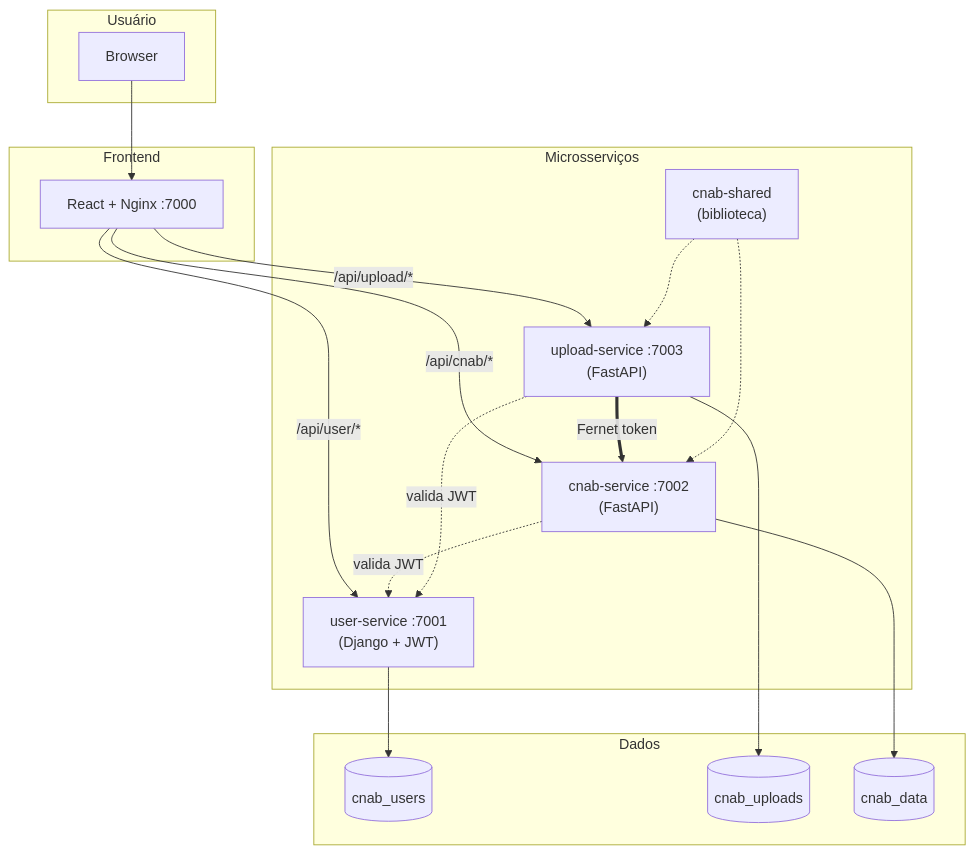
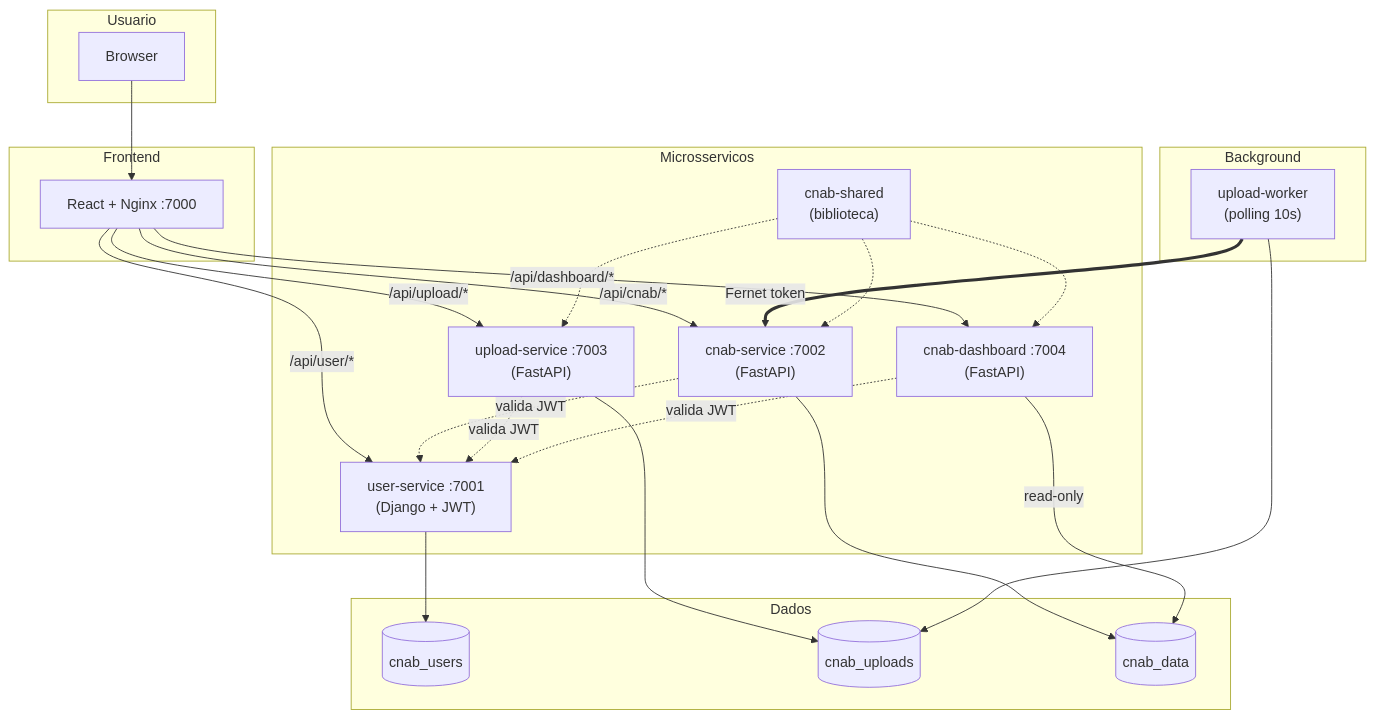
Before and after one commit to LucasBiason/desafio-dev: the diagram in README.md, drawn with Mermaid. The commit also changed other lines of this file and 7 other files, not shown here.

First line of the commit message:
docs: update README with dashboard service, new screenshots, and current architecture

````diff
--- a/README.md
+++ b/README.md
@@ -71,36 +82,46 @@
 ```mermaid
 flowchart TB
-  subgraph User["Usuário"]
+  subgraph User["Usuario"]
     Browser[Browser]
   end
 
   subgraph Frontend["Frontend"]
     FE["React + Nginx :7000"]
   end
 
-  subgraph Services["Microsserviços"]
+  subgraph Services["Microsservicos"]
     US["user-service :7001\n(Django + JWT)"]
     UPS["upload-service :7003\n(FastAPI)"]
     CS["cnab-service :7002\n(FastAPI)"]
+    DS["cnab-dashboard :7004\n(FastAPI)"]
     SH["cnab-shared\n(biblioteca)"]
+  end
+
+  subgraph Worker["Background"]
+    WK["upload-worker\n(polling 10s)"]
   end
 
   subgraph Data["Dados"]
     PG_USERS[("cnab_users")]
     PG_UPLOADS[("cnab_uploads")]
     PG_DATA[("cnab_data")]
   end
 
   Browser --> FE
   FE -->|"/api/user/*"| US
   FE -->|"/api/upload/*"| UPS
   FE -->|"/api/cnab/*"| CS
-  UPS ==>|"Fernet token"| CS
+  FE -->|"/api/dashboard/*"| DS
+  WK ==>|"Fernet token"| CS
   CS -.->|"valida JWT"| US
   UPS -.->|"valida JWT"| US
+  DS -.->|"valida JWT"| US
   SH -.-> CS
   SH -.-> UPS
+  SH -.-> DS
+  UPS --> PG_UPLOADS
+  WK --> PG_UPLOADS
+  CS --> PG_DATA
+  DS -->|"read-only"| PG_DATA
   US --> PG_USERS
-  UPS --> PG_UPLOADS
-  CS --> PG_DATA
 ```
````
